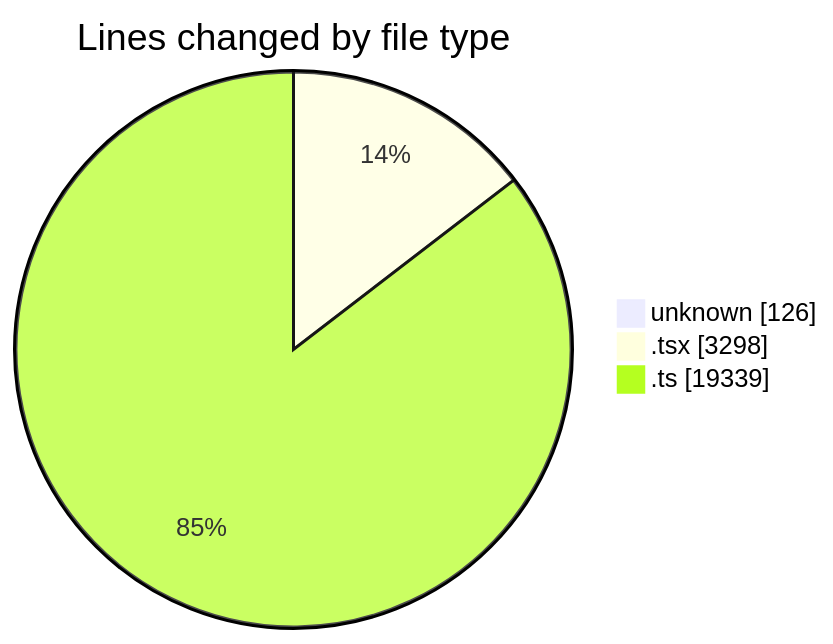
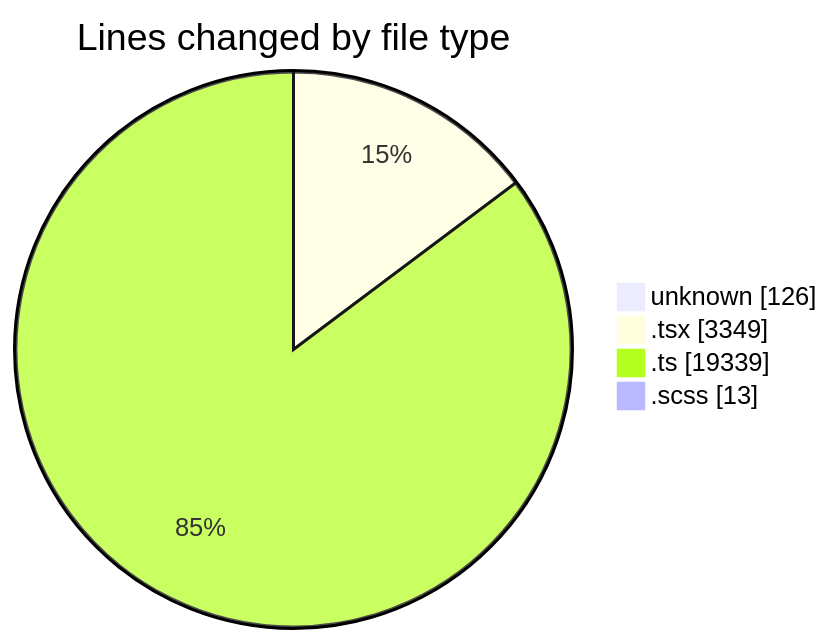
The first of 2 diagrams in 2026-09-23/cda/README.md (momahboobian/code-tracking), drawn with Mermaid before and after one commit. The commit also changed other lines of this file and 1 other file, not shown here.

````diff
--- a/2026-09-23/cda/README.md
+++ b/2026-09-23/cda/README.md
@@ -35,7 +37,8 @@
 ```mermaid
 pie showData
 title Lines changed by file type
 "unknown" : 126
-".tsx" : 3298
+".tsx" : 3349
 ".ts" : 19339
+".scss" : 13
 ```
````
